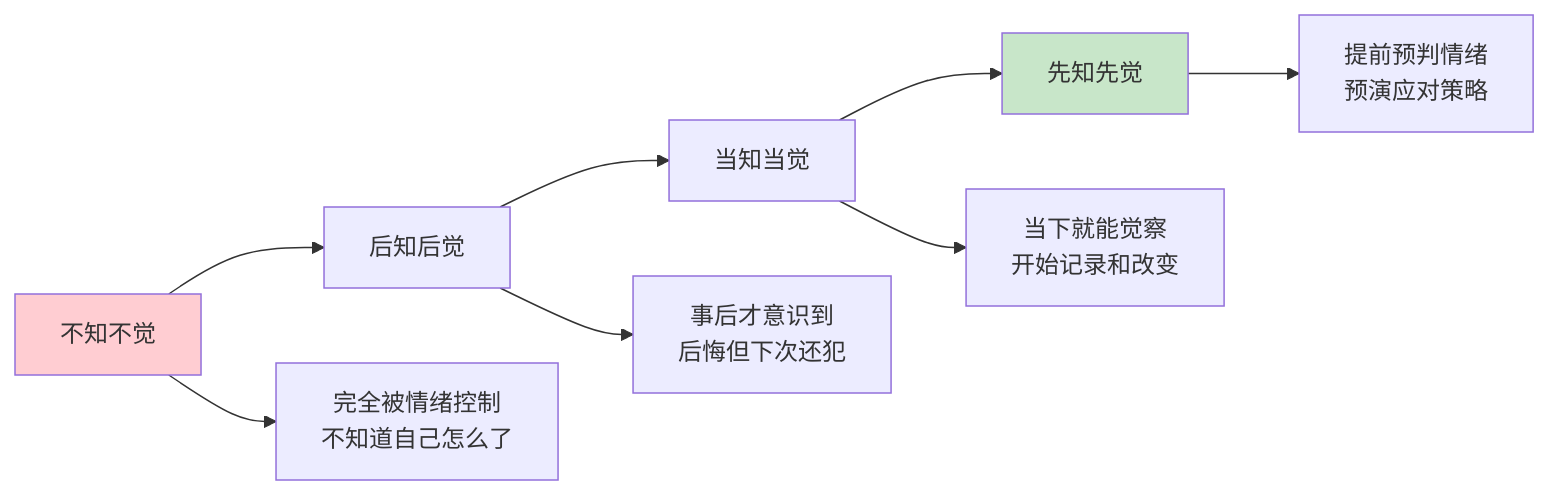
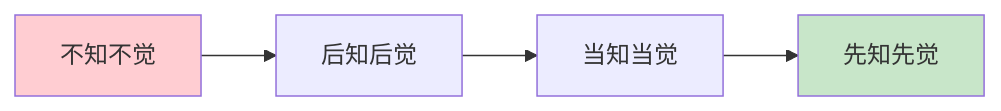
One commit to chongyang211/YCBookBlog changed the second of 10 diagrams in 10.打工充平常记录/10.自我精进七课/07.底层思维的训练/7.7情商能力的学习.md. Above: the diagram before and after it, drawn with Mermaid. The commit also changed other lines of this file and 55 other files, not shown here.

````diff
--- a/10.打工充平常记录/10.自我精进七课/07.底层思维的训练/7.7情商能力的学习.md
+++ b/10.打工充平常记录/10.自我精进七课/07.底层思维的训练/7.7情商能力的学习.md
@@ -61,12 +82,8 @@
 ```mermaid
 graph LR
     A[不知不觉] --> B[后知后觉]
     B --> C[当知当觉]
     C --> D[先知先觉]
-    A --> A1[完全被情绪控制<br>不知道自己怎么了]
-    B --> B1[事后才意识到<br>后悔但下次还犯]
-    C --> C1[当下就能觉察<br>开始记录和改变]
-    D --> D1[提前预判情绪<br>预演应对策略]
     style A fill:#ffcdd2
     style D fill:#c8e6c9
 ```
````
